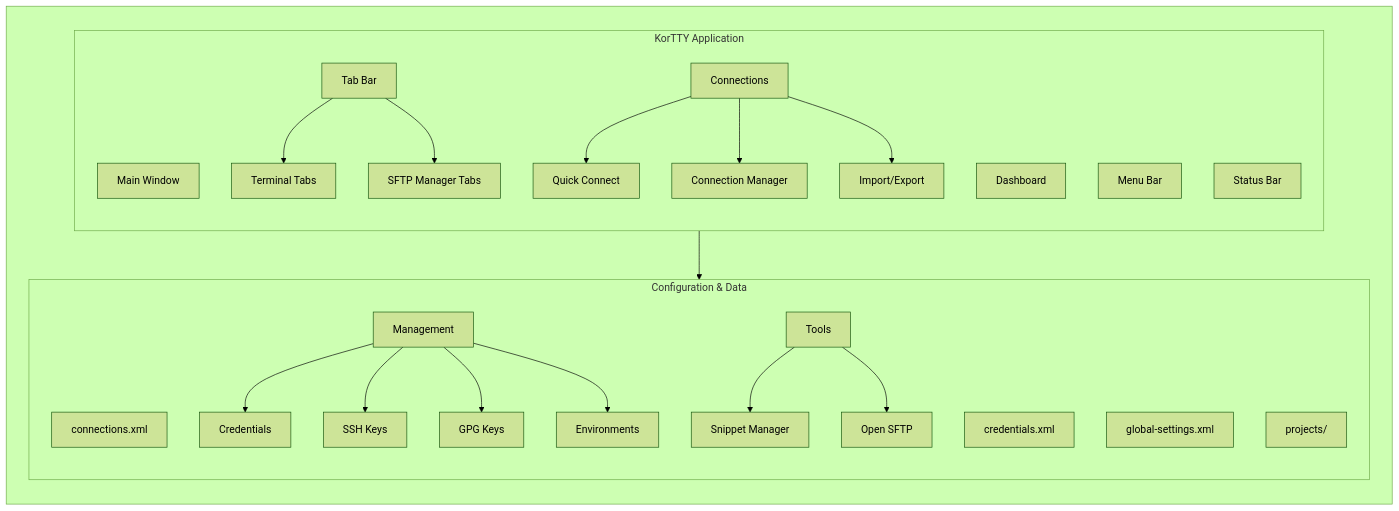
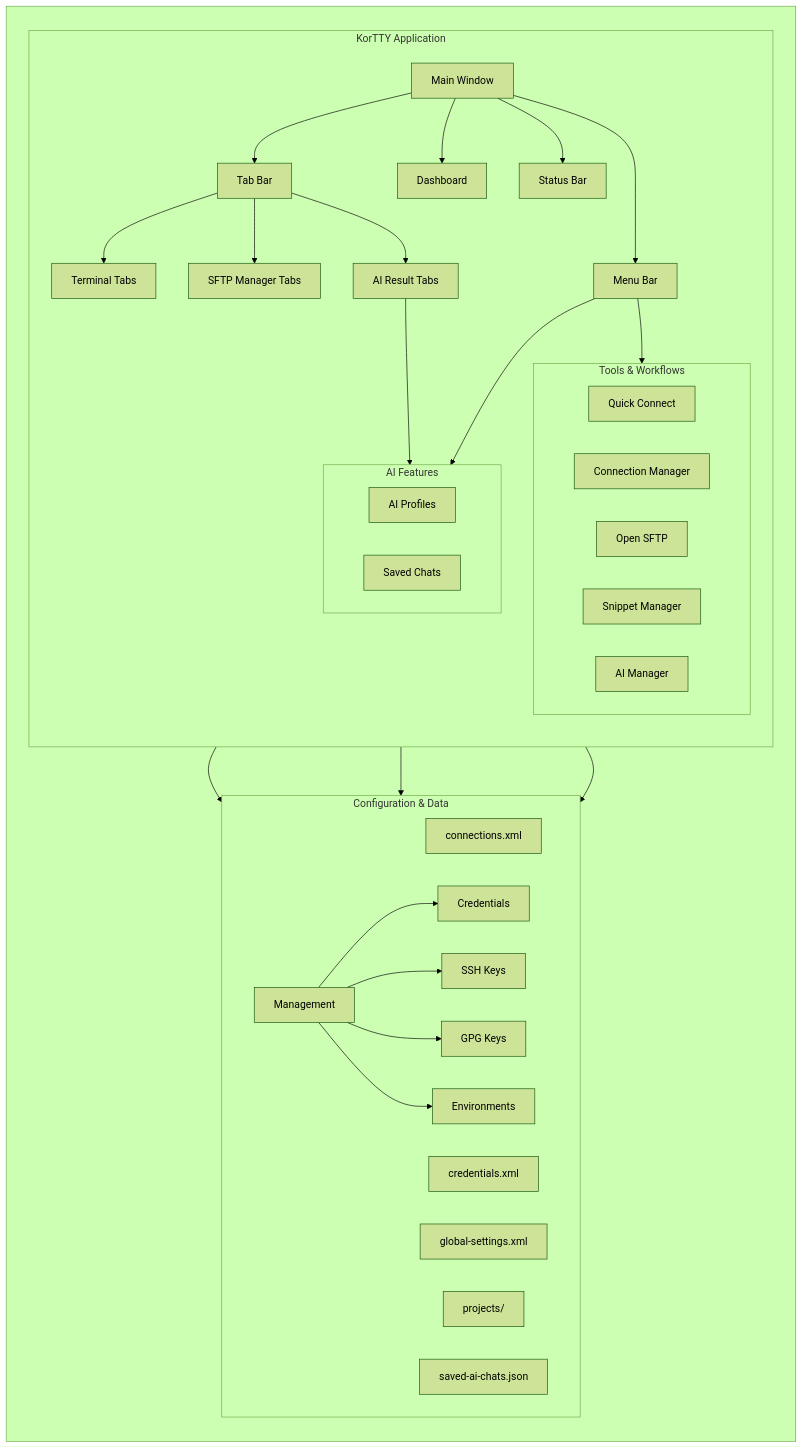
Before and after one commit to chardonnay/korTTY: the diagram in docs/diagrams/architecture.mmd, drawn with Mermaid (forest theme). The commit also changed 7 other files, not shown here.

Commit message:
Update docs and regenerate diagrams

```diff
--- a/docs/diagrams/architecture.mmd
+++ b/docs/diagrams/architecture.mmd
@@ -1,37 +1,56 @@
 %% KorTTY architecture: vertikal (Höhe statt Breite), korrekte Struktur
 flowchart TB
     subgraph Outer[" "]
         direction TB
         subgraph App["KorTTY Application"]
             direction TB
             MW[Main Window]
+            Menu[Menu Bar]
+            Dashboard[Dashboard]
+            StatusBar[Status Bar]
             TabBar[Tab Bar]
             TabBar --> TT[Terminal Tabs]
             TabBar --> SFTPTab[SFTP Manager Tabs]
-            Dashboard[Dashboard]
-            Menu[Menu Bar]
-            ConnMenu[Connections]
-            ConnMenu --> QConnect[Quick Connect]
-            ConnMenu --> ConnMgr[Connection Manager]
-            ConnMenu --> Import[Import/Export]
-            StatusBar[Status Bar]
+            TabBar --> AITab[AI Result Tabs]
+
+            subgraph Workflows["Tools & Workflows"]
+                direction LR
+                QConnect[Quick Connect]
+                ConnMgr[Connection Manager]
+                SFTPTool[Open SFTP]
+                Snippets[Snippet Manager]
+                AIManager[AI Manager]
+            end
+
+            subgraph AIFeatures["AI Features"]
+                direction LR
+                ProfilesUI[AI Profiles]
+                SavedChatsUI[Saved Chats]
+            end
         end
 
         subgraph Data["Configuration & Data"]
-            direction TB
+            direction LR
             ConnXML[connections.xml]
             CredXML[credentials.xml]
             Settings[global-settings.xml]
             Projects[projects/]
+            AIData[saved-ai-chats.json]
             Mgmt[Management]
             Mgmt --> Creds[Credentials]
             Mgmt --> SSHKeys[SSH Keys]
             Mgmt --> GPGKeys[GPG Keys]
             Mgmt --> Env[Environments]
-            Tools[Tools]
-            Tools --> Snippets[Snippet Manager]
-            Tools --> SFTP[Open SFTP]
         end
     end
 
+    MW --> Menu
+    MW --> Dashboard
+    MW --> TabBar
+    MW --> StatusBar
+    Menu --> Workflows
+    Menu --> AIFeatures
     StatusBar --> ConnXML
+    AITab --> SavedChatsUI
+    ProfilesUI --> Settings
+    SavedChatsUI --> AIData
```
